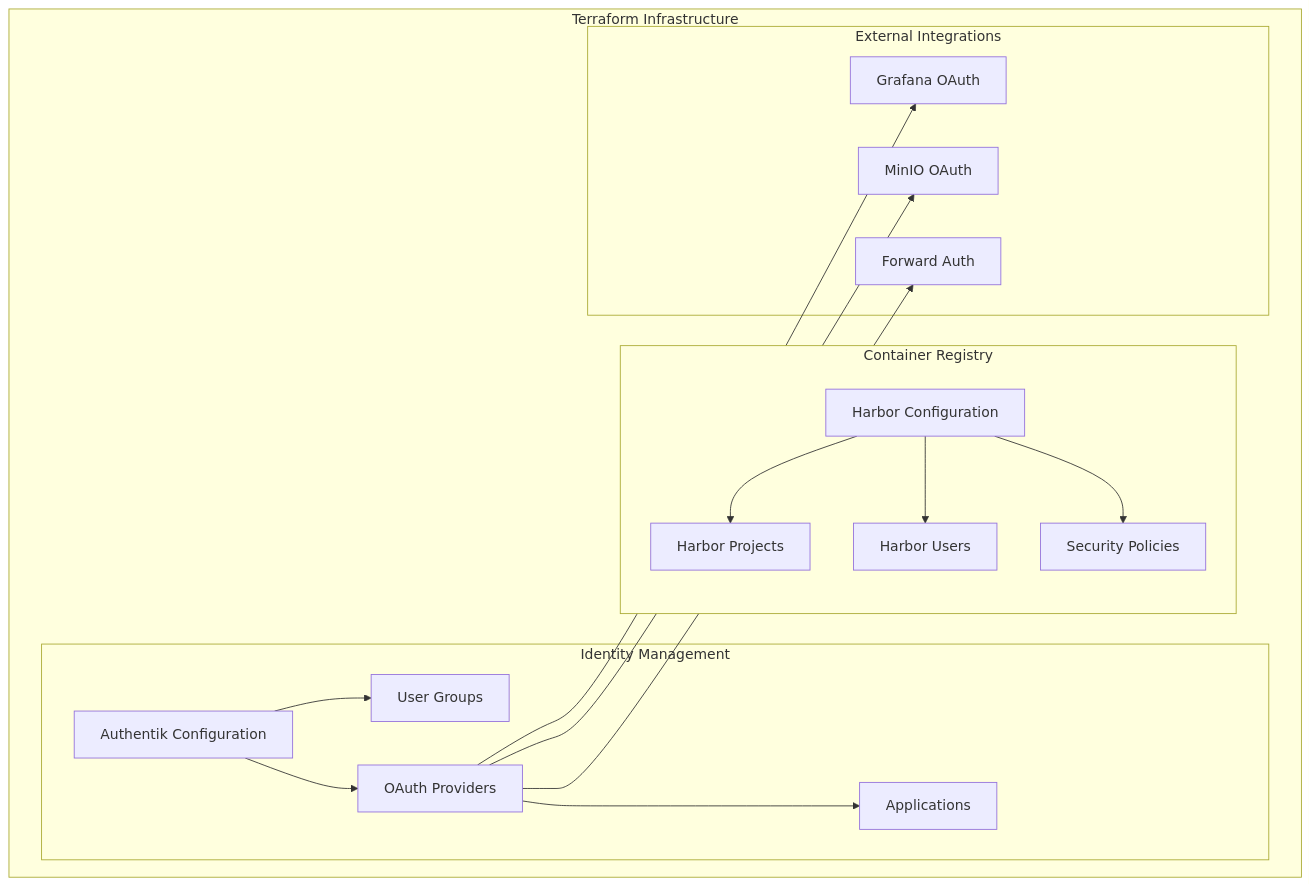
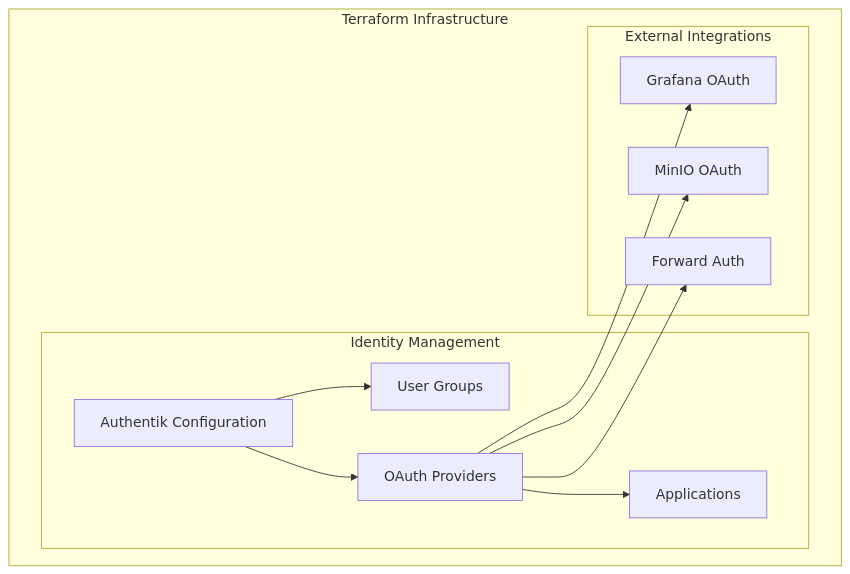
The first of 4 diagrams in docs/terraform.md (enchantednatures/HomeCluster), drawn with Mermaid before and after one commit. The commit also changed other lines of this file and 2 other files, not shown here.

First line of the commit message:
chore(terraform): remove superseded harbor oidc terraform config

````diff
--- a/docs/terraform.md
+++ b/docs/terraform.md
@@ -25,35 +23,24 @@
 ```mermaid
 graph TB
     subgraph "Terraform Infrastructure"
         subgraph "Identity Management"
             AUTHENTIK[Authentik Configuration]
             GROUPS[User Groups]
             PROVIDERS[OAuth Providers]
             APPLICATIONS[Applications]
-        end
-
-        subgraph "Container Registry"
-            HARBOR[Harbor Configuration]
-            PROJECTS[Harbor Projects]
-            USERS[Harbor Users]
-            POLICIES[Security Policies]
         end
 
         subgraph "External Integrations"
             GRAFANA_OAUTH[Grafana OAuth]
             MINIO_OAUTH[MinIO OAuth]
             FORWARD_AUTH[Forward Auth]
         end
     end
 
     AUTHENTIK --> GROUPS
     AUTHENTIK --> PROVIDERS
     PROVIDERS --> APPLICATIONS
     PROVIDERS --> GRAFANA_OAUTH
     PROVIDERS --> MINIO_OAUTH
     PROVIDERS --> FORWARD_AUTH
-
-    HARBOR --> PROJECTS
-    HARBOR --> USERS
-    HARBOR --> POLICIES
 ```
````
